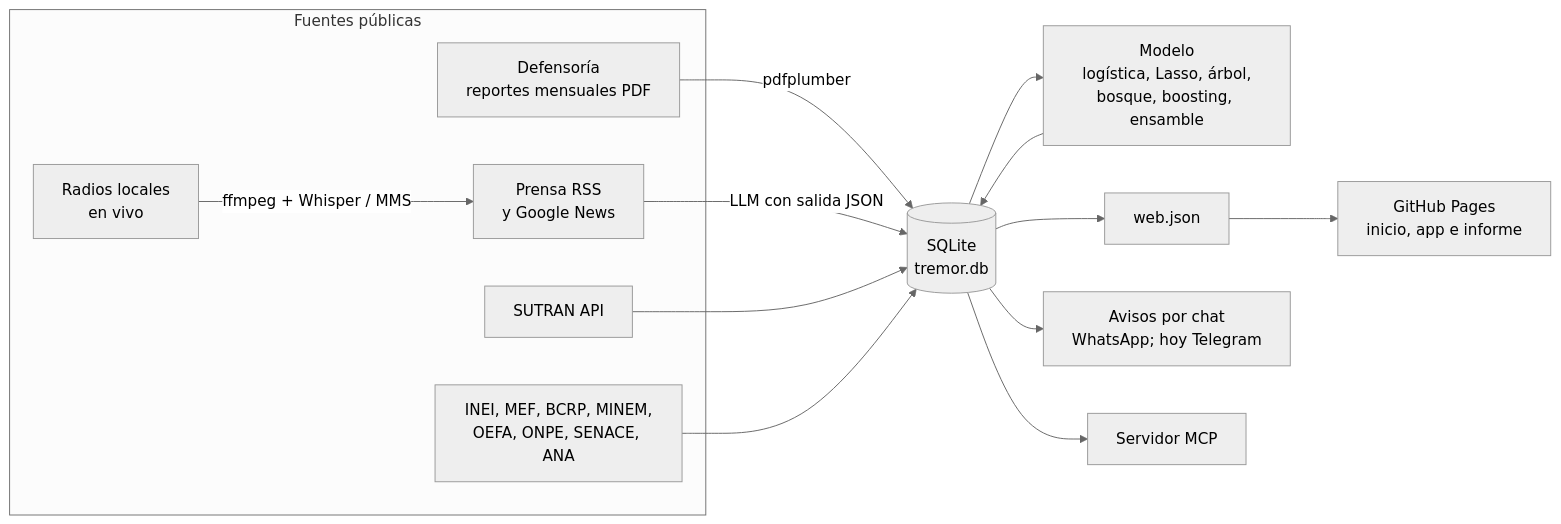
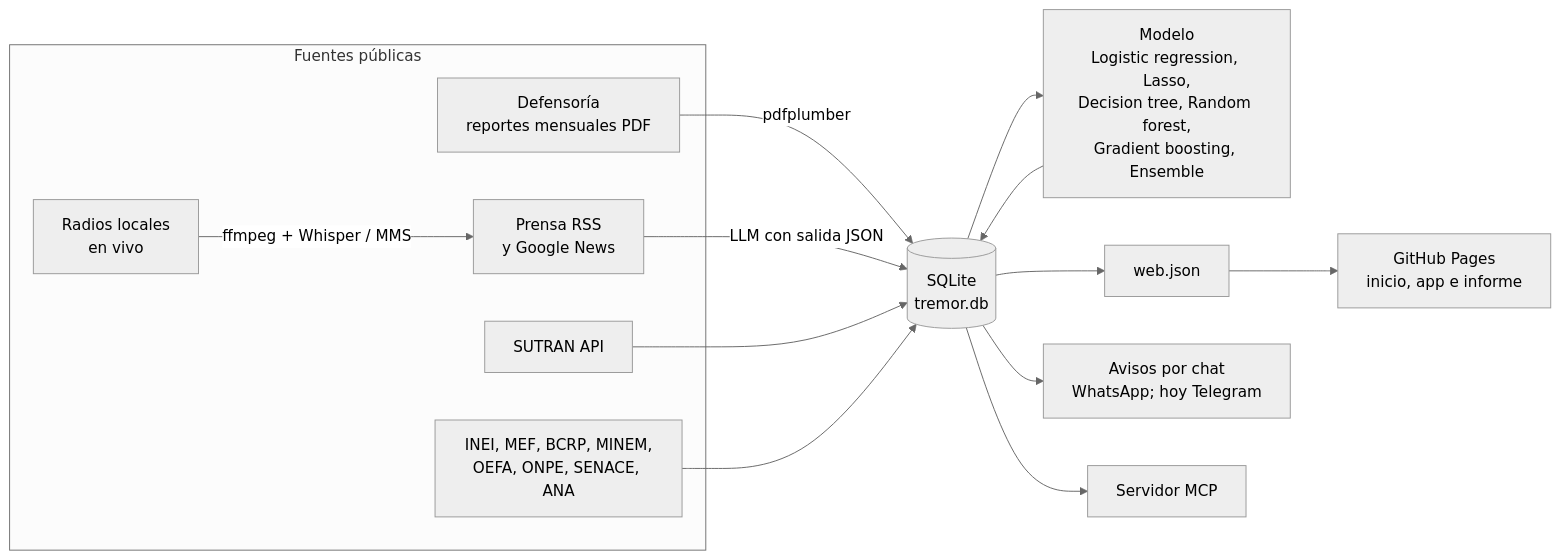
One commit to nicosil02/tremor changed the diagram in README.md. Above: the diagram before and after it, drawn with Mermaid (neutral theme). The commit also changed 1 other file, not shown here.

Commit message:
Nombres de los modelos en inglés y qué es el ensemble (#112)

````diff
--- a/README.md
+++ b/README.md
@@ -135,21 +135,21 @@
 ```mermaid
 flowchart LR
   subgraph Fuentes públicas
     DEF[Defensoría<br>reportes mensuales PDF]
     PRE[Prensa RSS<br>y Google News]
     RAD[Radios locales<br>en vivo]
     SUT[SUTRAN API]
     EST[INEI, MEF, BCRP, MINEM,<br>OEFA, ONPE, SENACE, ANA]
   end
   DEF -->|pdfplumber| DB[(SQLite<br>tremor.db)]
   PRE -->|LLM con salida JSON| DB
   RAD -->|ffmpeg + Whisper / MMS| PRE
   SUT --> DB
   EST --> DB
-  DB --> MOD[Modelo<br>logística, Lasso, árbol,<br>bosque, boosting, ensamble]
+  DB --> MOD[Modelo<br>Logistic regression, Lasso,<br>Decision tree, Random forest,<br>Gradient boosting, Ensemble]
   MOD --> DB
   DB --> WEB[web.json]
   WEB --> PAG[GitHub Pages<br>inicio, app e informe]
   DB --> TG[Avisos por chat<br>WhatsApp; hoy Telegram]
   DB --> MCP[Servidor MCP]
 ```
````
